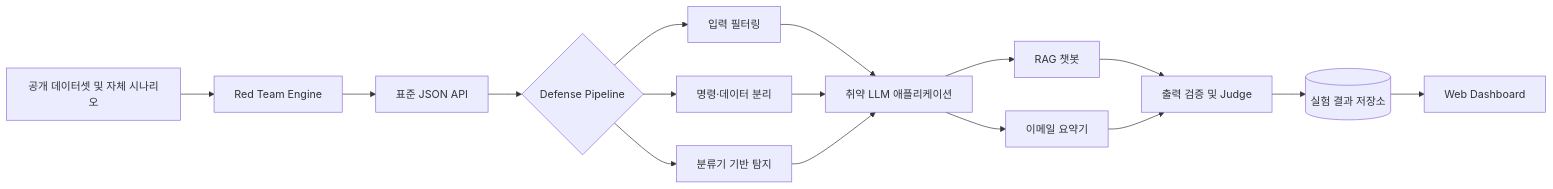
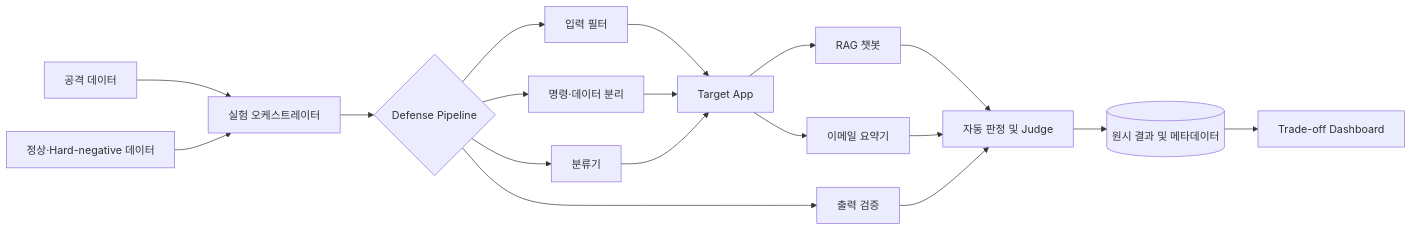
One commit to zerolong-01/sec_sea changed the diagram in README.md. Above: the diagram before and after it, drawn with Mermaid. The commit also changed other lines of this file, not shown here.

Commit message:
docs: refocus README on defense trade-offs

````diff
--- a/README.md
+++ b/README.md
@@ -40,18 +100,20 @@
 ```mermaid
 flowchart LR
-    A[공개 데이터셋 및 자체 시나리오] --> B[Red Team Engine]
-    B --> C[표준 JSON API]
+    A[공격 데이터] --> C[실험 오케스트레이터]
+    B[정상·Hard-negative 데이터] --> C
     C --> D{Defense Pipeline}
-    D --> D1[입력 필터링]
+    D --> D1[입력 필터]
     D --> D2[명령·데이터 분리]
-    D --> D3[분류기 기반 탐지]
-    D1 --> E[취약 LLM 애플리케이션]
+    D --> D3[분류기]
+    D --> D4[출력 검증]
+    D1 --> E[Target App]
     D2 --> E
     D3 --> E
     E --> E1[RAG 챗봇]
     E --> E2[이메일 요약기]
-    E1 --> F[출력 검증 및 Judge]
+    E1 --> F[자동 판정 및 Judge]
     E2 --> F
-    F --> G[(실험 결과 저장소)]
-    G --> H[Web Dashboard]
+    D4 --> F
+    F --> G[(원시 결과 및 메타데이터)]
+    G --> H[Trade-off Dashboard]
 ```
````
